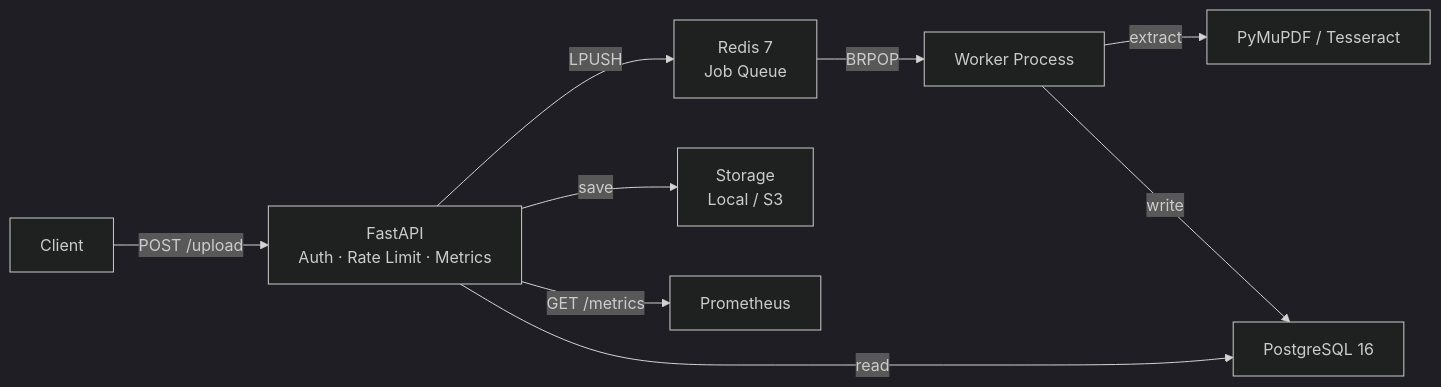
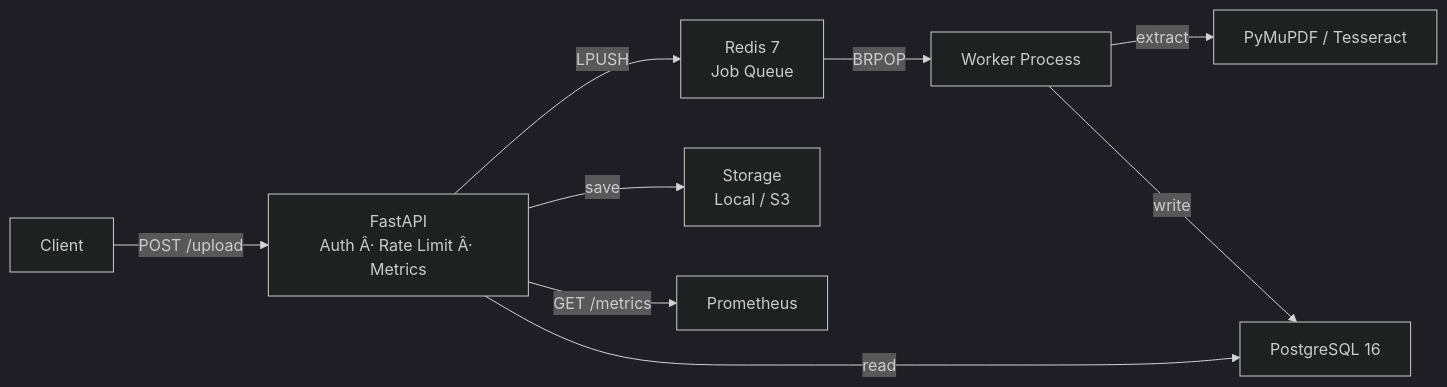
One commit to RafiDr00/document-processing-pipeline changed the diagram in README.md. Above: the diagram before and after it, drawn with Mermaid (dark theme). The commit also changed other lines of this file, not shown here.

````diff
--- a/README.md
+++ b/README.md
@@ -66,11 +66,11 @@
 ```mermaid
 flowchart LR
-    Client -->|"POST /upload"| API["FastAPI<br/>Auth · Rate Limit · Metrics"]
+    Client -->|"POST /upload"| API["FastAPI<br/>Auth Â· Rate Limit Â· Metrics"]
     API -->|LPUSH| Redis["Redis 7<br/>Job Queue"]
     API -->|save| Storage["Storage<br/>Local / S3"]
     Redis -->|BRPOP| Worker["Worker Process"]
     Worker -->|extract| Engine["PyMuPDF / Tesseract"]
     Worker -->|write| PG["PostgreSQL 16"]
     API -->|read| PG
     API -->|"GET /metrics"| Prometheus["Prometheus"]
 ```
````
